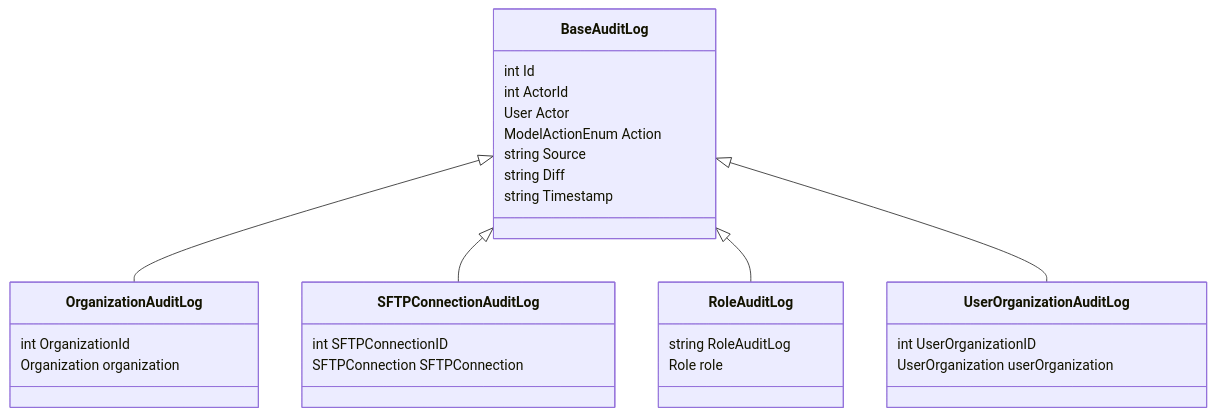
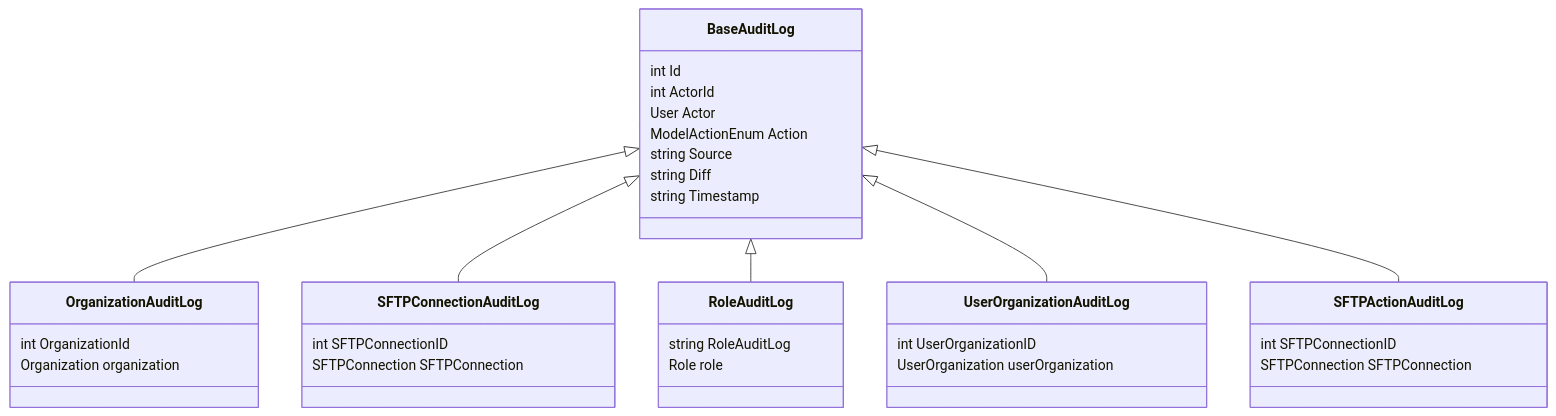
The diagram in AuditLogs_classes.mmd (Fileodon/Diagram), drawn with Mermaid before and after one commit. The commit also changed 4 other files, not shown here.

Commit message:
add audit log class

```diff
--- a/AuditLogs_classes.mmd
+++ b/AuditLogs_classes.mmd
@@ -1,42 +1,48 @@
 classDiagram
 	BaseAuditLog <|-- OrganizationAuditLog
 	BaseAuditLog <|-- SFTPConnectionAuditLog
 	%% BaseAuditLog <|-- SFTPConnectionFileSystemAuditLog
 	BaseAuditLog <|-- RoleAuditLog
 	BaseAuditLog <|-- UserOrganizationAuditLog
+	BaseAuditLog <|-- SFTPActionAuditLog
 
 	class BaseAuditLog {
 		int Id
 		int ActorId
 		User Actor
 		ModelActionEnum Action
 		string Source
 		string Diff
 		string Timestamp
 	}
 
 	class OrganizationAuditLog {
 		int OrganizationId
 		Organization organization
 	}
 
 	class SFTPConnectionAuditLog {
 		int SFTPConnectionID
 		SFTPConnection SFTPConnection
 	}
 
 	class RoleAuditLog {
 		string RoleAuditLog
 		Role role
 	}
 
 	class UserOrganizationAuditLog {
 		int UserOrganizationID
 		UserOrganization userOrganization
 	}
 
+	class SFTPActionAuditLog {
+		int SFTPConnectionID
+		SFTPConnection SFTPConnection
+	}
+
 	%% class SFTPConnectionFileSystemAuditLog {
 	%% 	int Id
 	%% 	FileActionEnum action
 	%% 	string location
 	%% }
```
